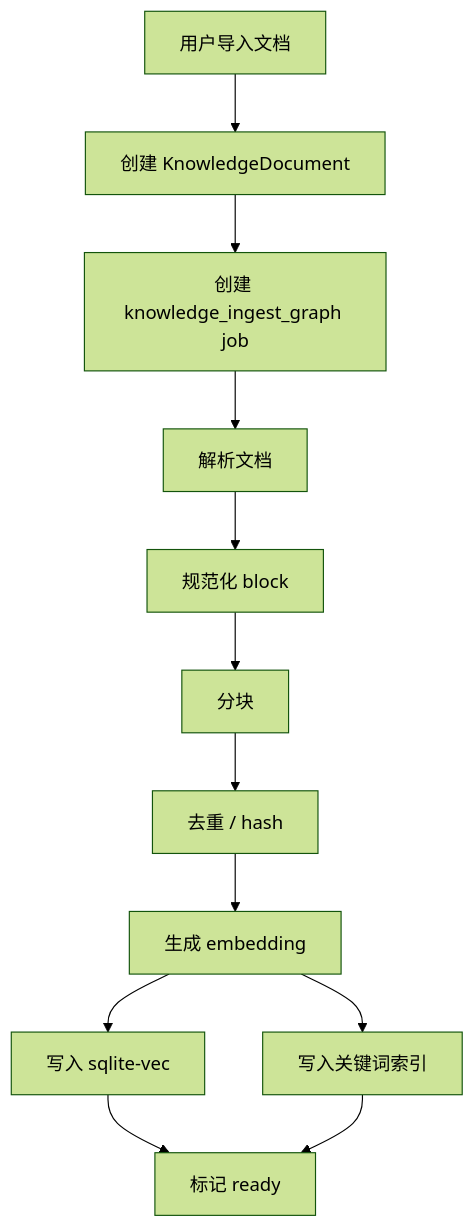
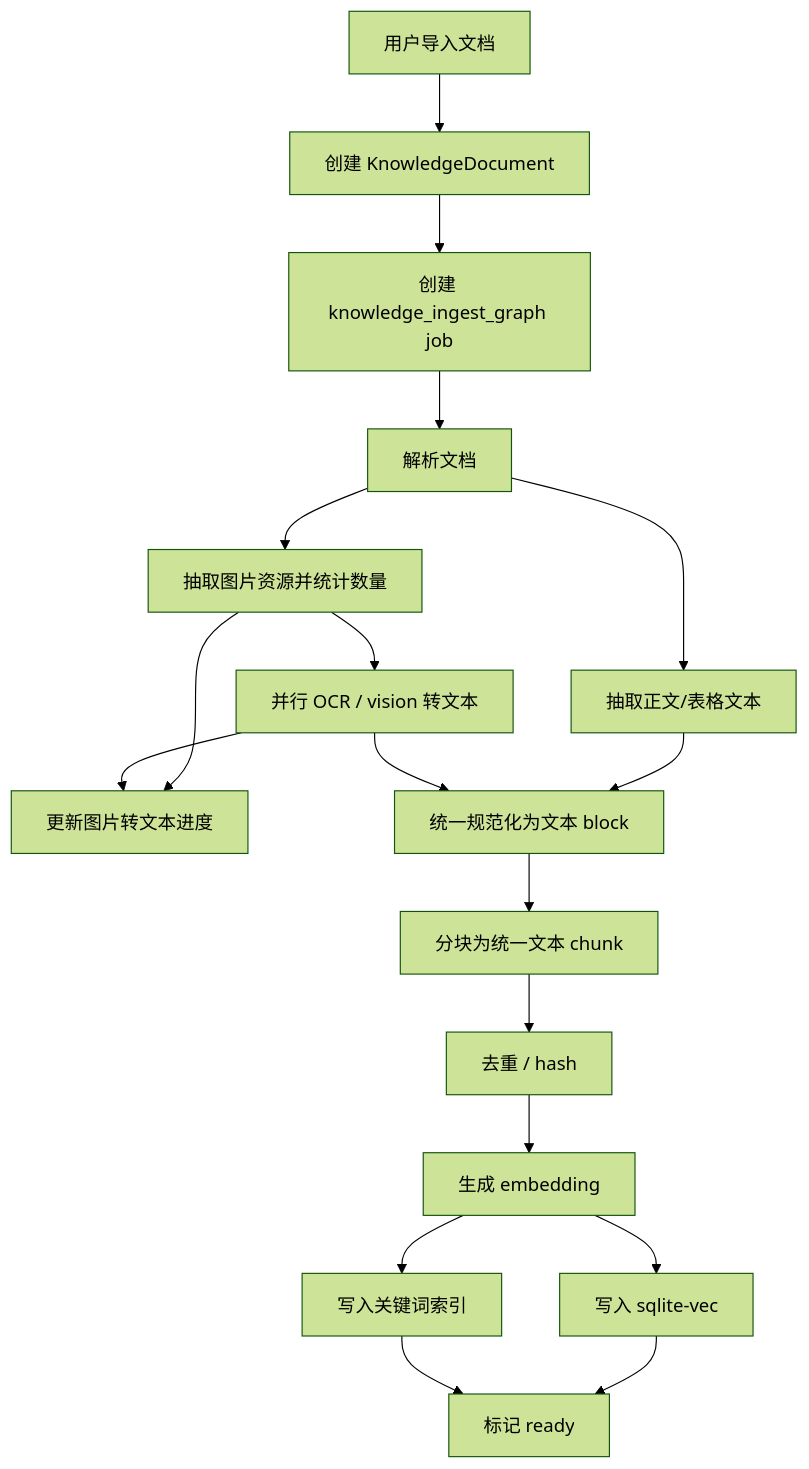
Before and after one commit to LiuJiaxuan1024/AiMemo: the fourth of 6 diagrams in docs/architecture/knowledge-base-module.md, drawn with Mermaid (forest theme). The commit also changed other lines of this file and 34 other files, not shown here.

````diff
--- a/docs/architecture/knowledge-base-module.md
+++ b/docs/architecture/knowledge-base-module.md
@@ -480,14 +601,20 @@
 ```mermaid
 flowchart TD
   Upload[用户导入文档] --> CreateDoc[创建 KnowledgeDocument]
   CreateDoc --> StartJob[创建 knowledge_ingest_graph job]
   StartJob --> Parse[解析文档]
-  Parse --> Normalize[规范化 block]
-  Normalize --> Chunk[分块]
+  Parse --> Text[抽取正文/表格文本]
+  Parse --> Images[抽取图片资源并统计数量]
+  Images --> Progress[更新图片转文本进度]
+  Images --> Vision[并行 OCR / vision 转文本]
+  Vision --> Progress
+  Text --> Normalize[统一规范化为文本 block]
+  Vision --> Normalize
+  Normalize --> Chunk[分块为统一文本 chunk]
   Chunk --> Dedup[去重 / hash]
   Dedup --> Embed[生成 embedding]
   Embed --> VectorIndex[写入 sqlite-vec]
   Embed --> KeywordIndex[写入关键词索引]
   VectorIndex --> Ready[标记 ready]
   KeywordIndex --> Ready
 ```
````
